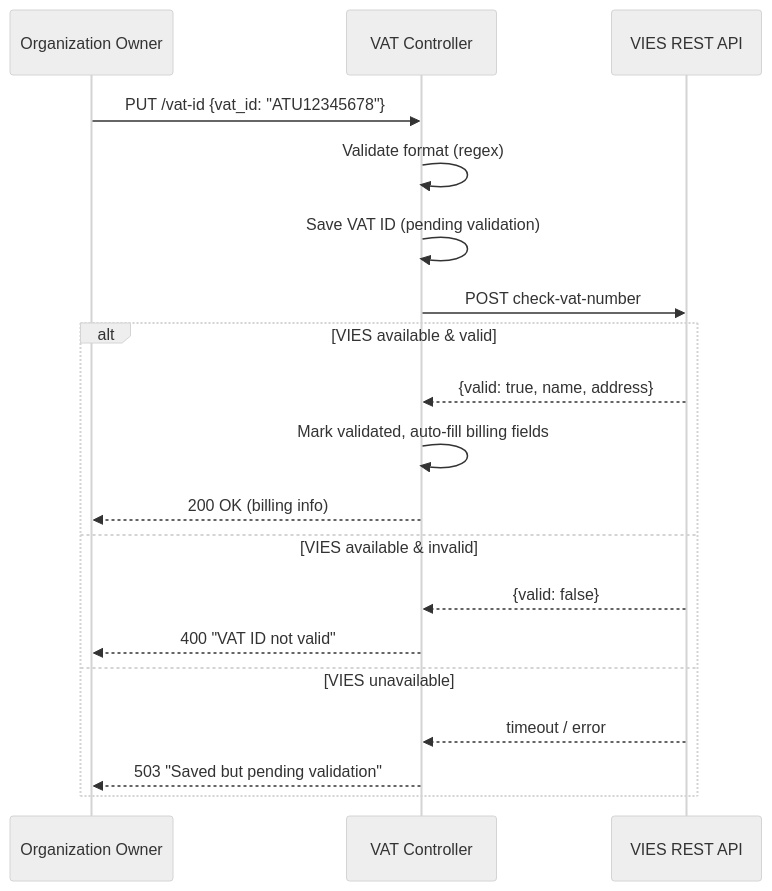
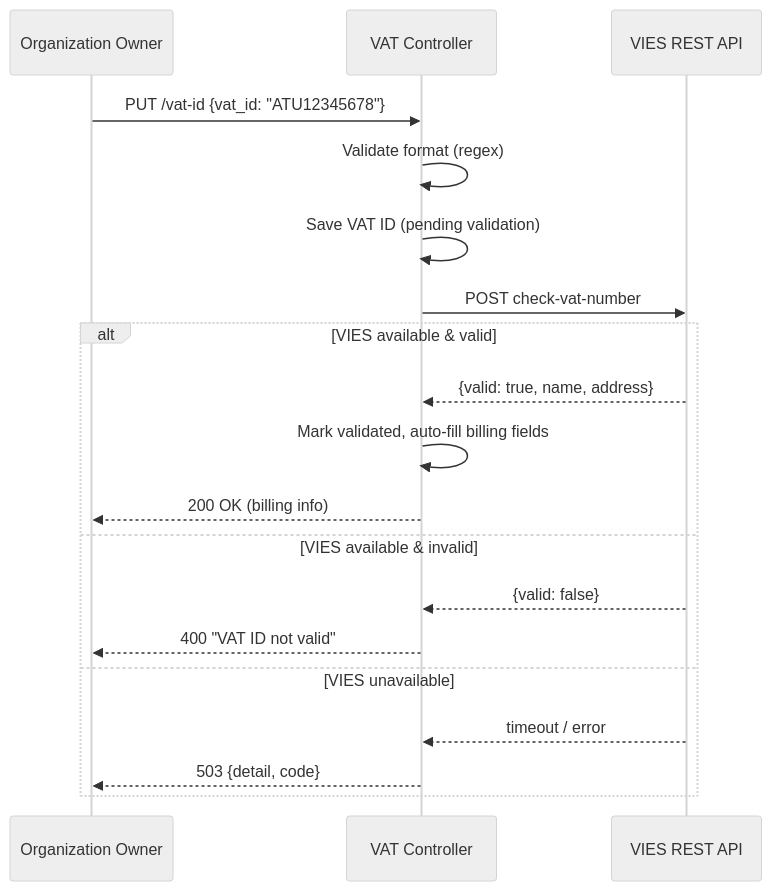
Before and after one commit to letsrevel/revel-backend: the second of 4 diagrams in docs/architecture/billing-and-vat.md, drawn with Mermaid (neutral theme). The commit also changed other lines of this file and 58 other files, not shown here.

````diff
--- a/docs/architecture/billing-and-vat.md
+++ b/docs/architecture/billing-and-vat.md
@@ -110,22 +119,22 @@
 ```mermaid
 sequenceDiagram
     participant Org as Organization Owner
     participant API as VAT Controller
     participant VIES as VIES REST API
 
     Org->>API: PUT /vat-id {vat_id: "ATU12345678"}
     API->>API: Validate format (regex)
     API->>API: Save VAT ID (pending validation)
     API->>VIES: POST check-vat-number
     alt VIES available & valid
         VIES-->>API: {valid: true, name, address}
         API->>API: Mark validated, auto-fill billing fields
         API-->>Org: 200 OK (billing info)
     else VIES available & invalid
         VIES-->>API: {valid: false}
         API-->>Org: 400 "VAT ID not valid"
     else VIES unavailable
         VIES-->>API: timeout / error
-        API-->>Org: 503 "Saved but pending validation"
+        API-->>Org: 503 {detail, code}
     end
 ```
````
